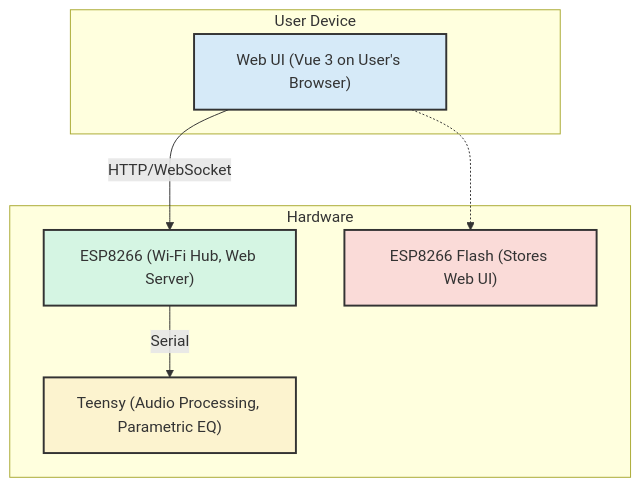
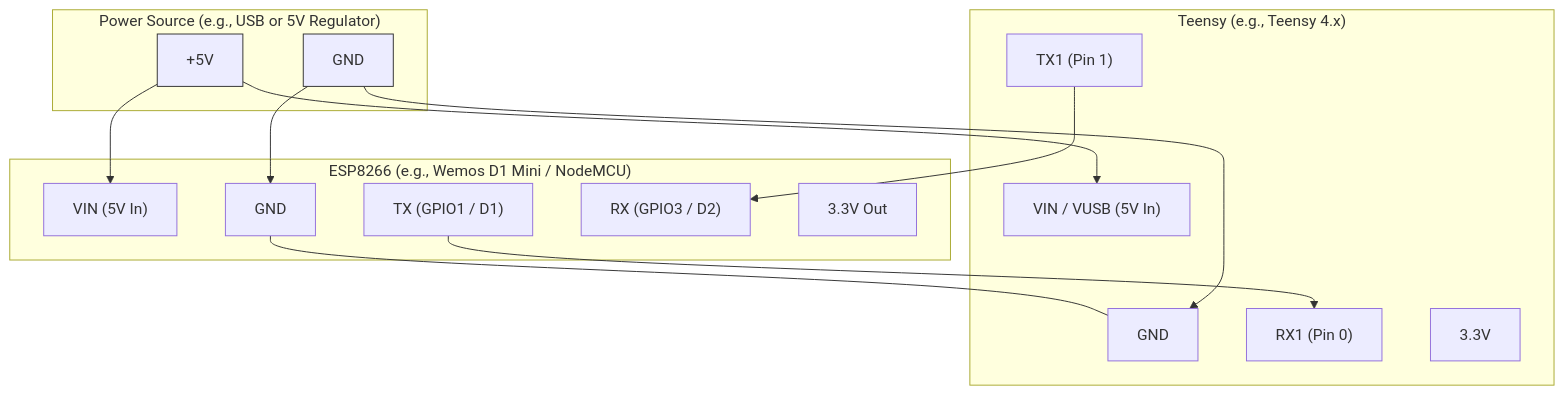
One commit to wiki-wolters/vybes changed the diagram in README.md. Above: the diagram before and after it, drawn with Mermaid. The commit also changed other lines of this file and 1 other file, not shown here.

Commit message:
fix: Update Web UI title and README wiring diagram per feedback
Addresses your feedback:
- Changes the Web UI title in App.vue to "Vybes" and removes tech-specific branding.
- Updates README.md:
    - Removes the previous software component interaction diagram.
    - Adds a new "Hardware Wiring Diagram" section.
    - Provides a detailed textual description of physical pin connections (Power, Serial) between ESP8266 and Teensy.
    - Includes a Mermaid diagram to visually represent these hardware connections.

````diff
--- a/README.md
+++ b/README.md
@@ -28,21 +44,41 @@
 ```mermaid
 graph TD
-    UserInterface["Web UI (Vue 3 on User's Browser)"] -- HTTP/WebSocket --> ESP8266["ESP8266 (Wi-Fi Hub, Web Server)"]
-    ESP8266 -- Serial --> Teensy["Teensy (Audio Processing, Parametric EQ)"]
-    UserInterface -.-> ESP8266_Flash["ESP8266 Flash (Stores Web UI)"]
-
-    subgraph "User Device"
-        UserInterface
+    subgraph "Power Source (e.g., USB or 5V Regulator)"
+        P5V["+5V"]
+        PGND["GND"]
     end
 
-    subgraph "Hardware"
-        ESP8266
-        Teensy
-        ESP8266_Flash
+    subgraph "ESP8266 (e.g., Wemos D1 Mini / NodeMCU)"
+        ESP_VIN["VIN (5V In)"]
+        ESP_GND["GND"]
+        ESP_TX["TX (GPIO1 / D1)"]
+        ESP_RX["RX (GPIO3 / D2)"]
+        ESP_3V3["3.3V Out"]
     end
 
-    style UserInterface fill:#D6EAF8,stroke:#333,stroke-width:2px
-    style ESP8266 fill:#D5F5E3,stroke:#333,stroke-width:2px
-    style Teensy fill:#FCF3CF,stroke:#333,stroke-width:2px
-    style ESP8266_Flash fill:#FADBD8,stroke:#333,stroke-width:2px
+    subgraph "Teensy (e.g., Teensy 4.x)"
+        TEENSY_VIN["VIN / VUSB (5V In)"]
+        TEENSY_GND["GND"]
+        TEENSY_RX1["RX1 (Pin 0)"]
+        TEENSY_TX1["TX1 (Pin 1)"]
+        TEENSY_3V3["3.3V"]
+    end
+
+    P5V --> ESP_VIN
+    PGND --> ESP_GND
+
+    P5V --> TEENSY_VIN
+    PGND --> TEENSY_GND
+    %% Alternatively, if ESP provides power:
+    %% ESP_3V3 --> TEENSY_VIN (If Teensy runs on 3.3V and ESP can supply enough current)
+    %% Note: Most Teensy boards take 5V on VIN/VUSB and have an onboard regulator for 3.3V
+
+    ESP_GND --- TEENSY_GND
+    ESP_TX --> TEENSY_RX1
+    TEENSY_TX1 --> ESP_RX
+
+    classDef mcu fill:#f9f,stroke:#333,stroke-width:2px;
+    class ESP8266,Teensy mcu;
+    classDef power fill:#lightgrey,stroke:#333;
+    class P5V,PGND power;
 ```
````
